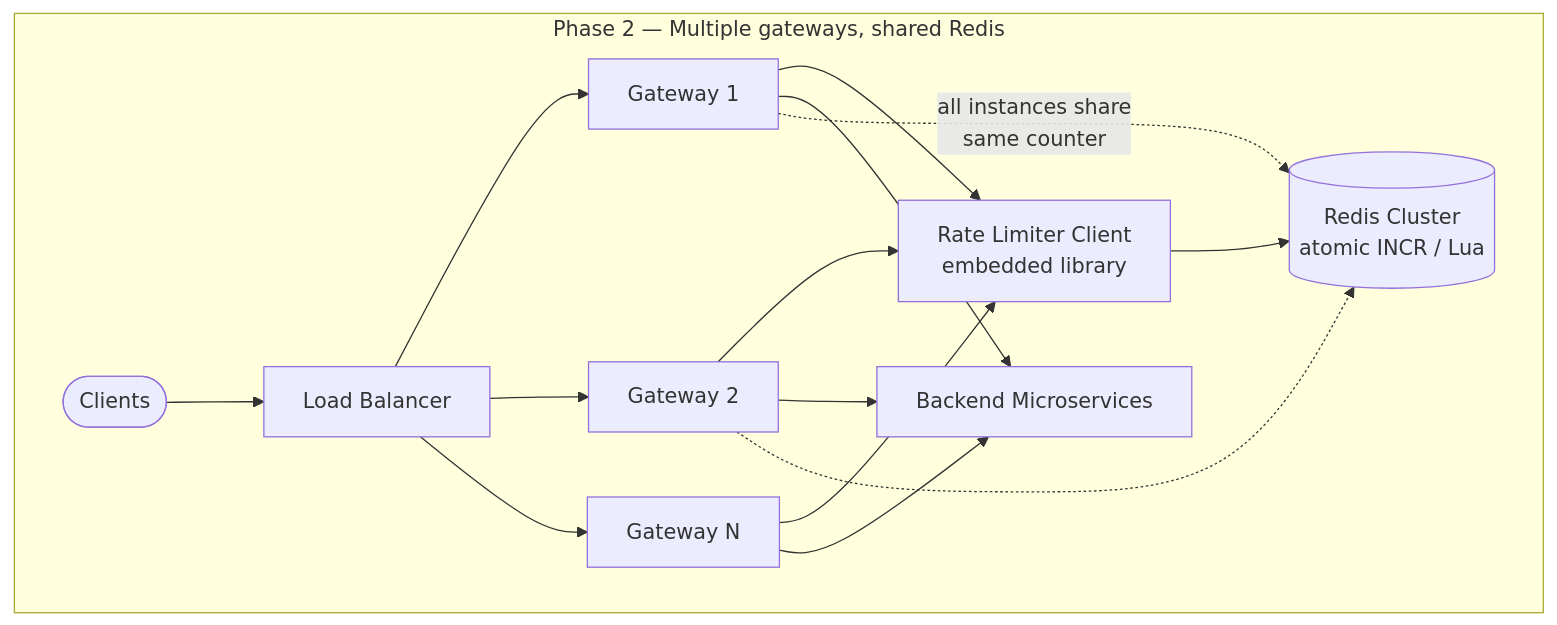
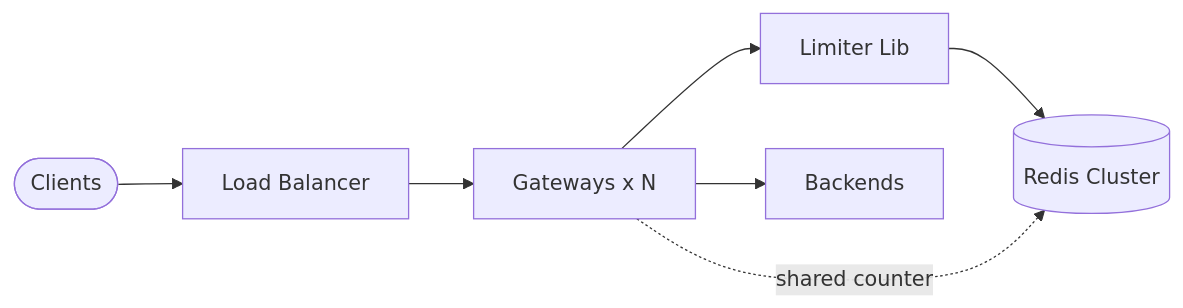
Before and after one commit to amanjaiswal30/dsa-solutions: the diagram in assets/images/high_level_design/01_flow_phase2_redis.mmd, drawn with Mermaid. The commit also changed 50 other files, not shown here.

```diff
--- a/assets/images/high_level_design/01_flow_phase2_redis.mmd
+++ b/assets/images/high_level_design/01_flow_phase2_redis.mmd
@@ -1,19 +1,8 @@
-flowchart TB
-    subgraph Phase2["Phase 2 — Multiple gateways, shared Redis"]
-        C([Clients]) --> LB[Load Balancer]
-        LB --> GW1[Gateway 1]
-        LB --> GW2[Gateway 2]
-        LB --> GWN[Gateway N]
+flowchart LR
+    C([Clients]) --> LB[Load Balancer]
+    LB --> GW[Gateways x N]
+    GW --> RL[Limiter Lib]
+    RL --> REDIS[(Redis Cluster)]
+    GW --> SVC[Backends]
 
-        GW1 --> RL[Rate Limiter Client<br/>embedded library]
-        GW2 --> RL
-        GWN --> RL
-
-        RL --> REDIS[(Redis Cluster<br/>atomic INCR / Lua)]
-        GW1 --> SVC[Backend Microservices]
-        GW2 --> SVC
-        GWN --> SVC
-    end
-
-    GW1 -.->|all instances share<br/>same counter| REDIS
-    GW2 -.-> REDIS
+    GW -.->|shared counter| REDIS
```
